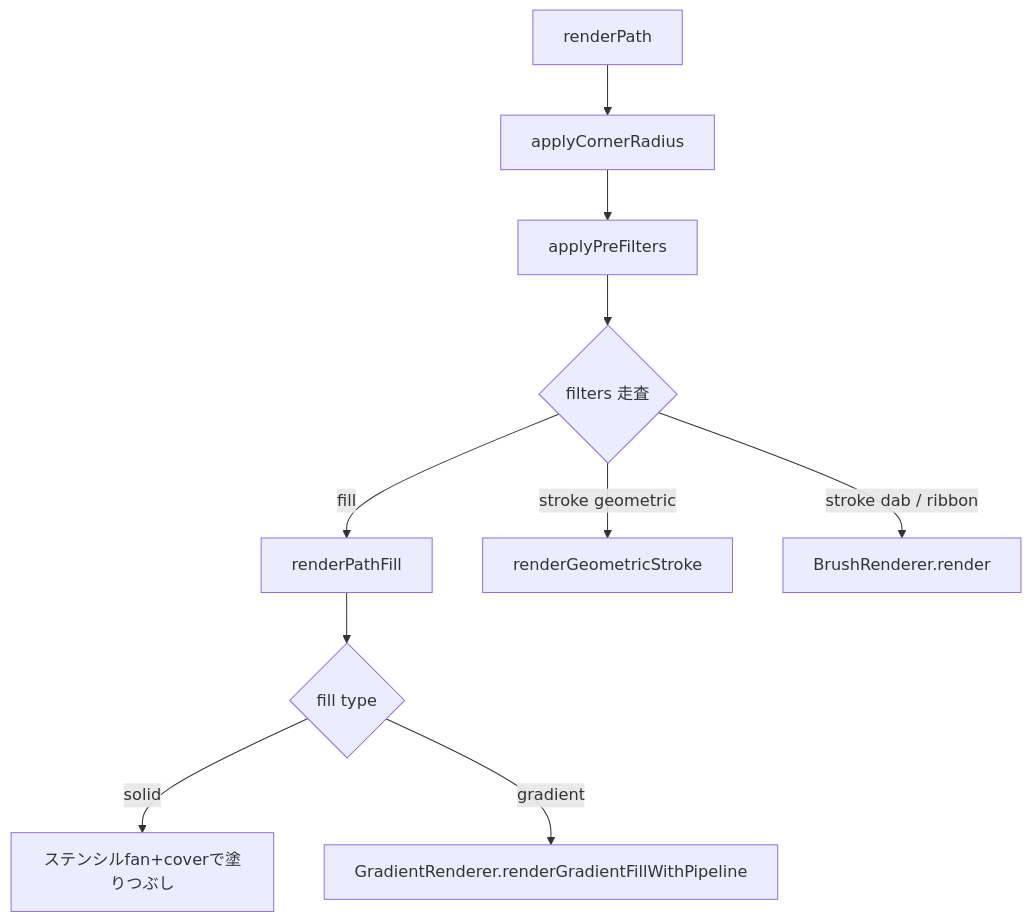
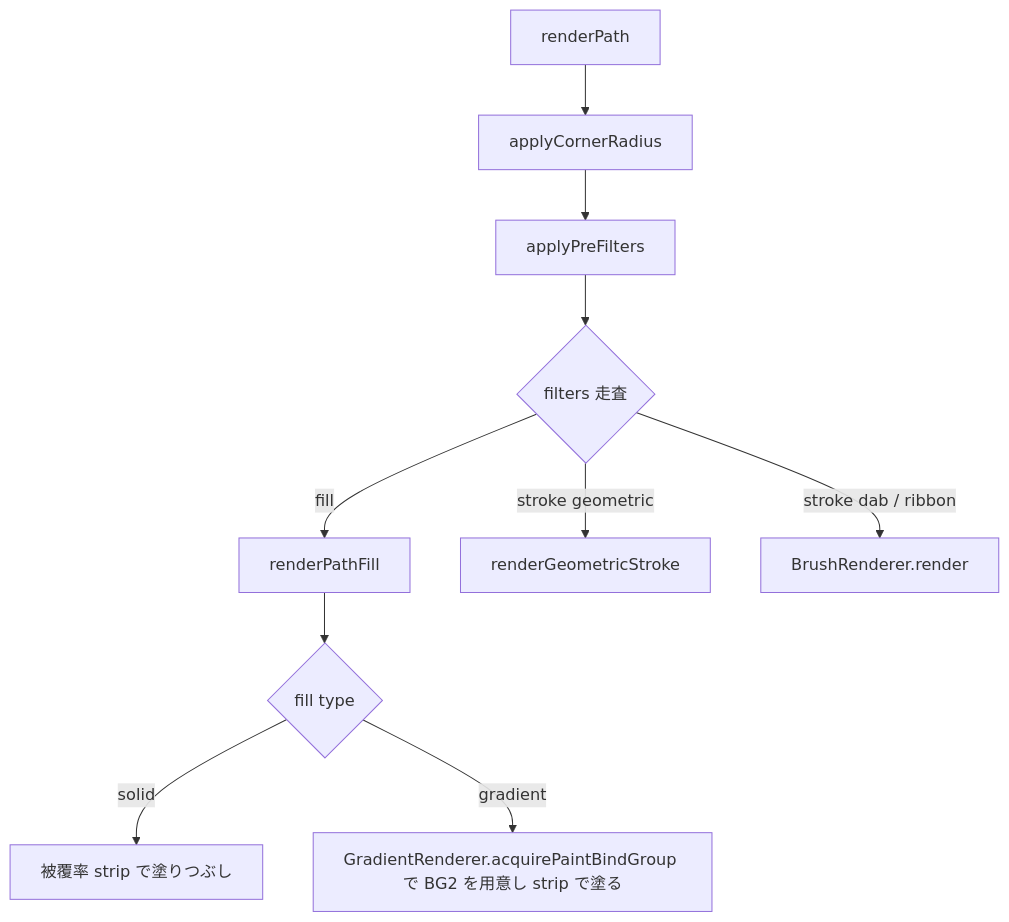
The first of 2 diagrams in pkgs/web/src/app/devdocs/renderer/elements/page.mdx (hanakla/paplico), drawn with Mermaid before and after one commit. The commit also changed other lines of this file and 120 other files, not shown here.

````diff
--- a/pkgs/web/src/app/devdocs/renderer/elements/page.mdx
+++ b/pkgs/web/src/app/devdocs/renderer/elements/page.mdx
@@ -48,12 +48,12 @@
 ```mermaid
 flowchart TD
     A[renderPath] --> B[applyCornerRadius]
     B --> C[applyPreFilters]
     C --> D{filters 走査}
     D -->|fill| E[renderPathFill]
     D -->|stroke geometric| F[renderGeometricStroke]
     D -->|stroke dab / ribbon| G["BrushRenderer.render"]
     E --> E1{fill type}
-    E1 -->|solid| E2[ステンシルfan+coverで塗りつぶし]
-    E1 -->|gradient| E3["GradientRenderer.renderGradientFillWithPipeline"]
+    E1 -->|solid| E2[被覆率 strip で塗りつぶし]
+    E1 -->|gradient| E3["GradientRenderer.acquirePaintBindGroup で BG2 を用意し strip で塗る"]
 ```
````
